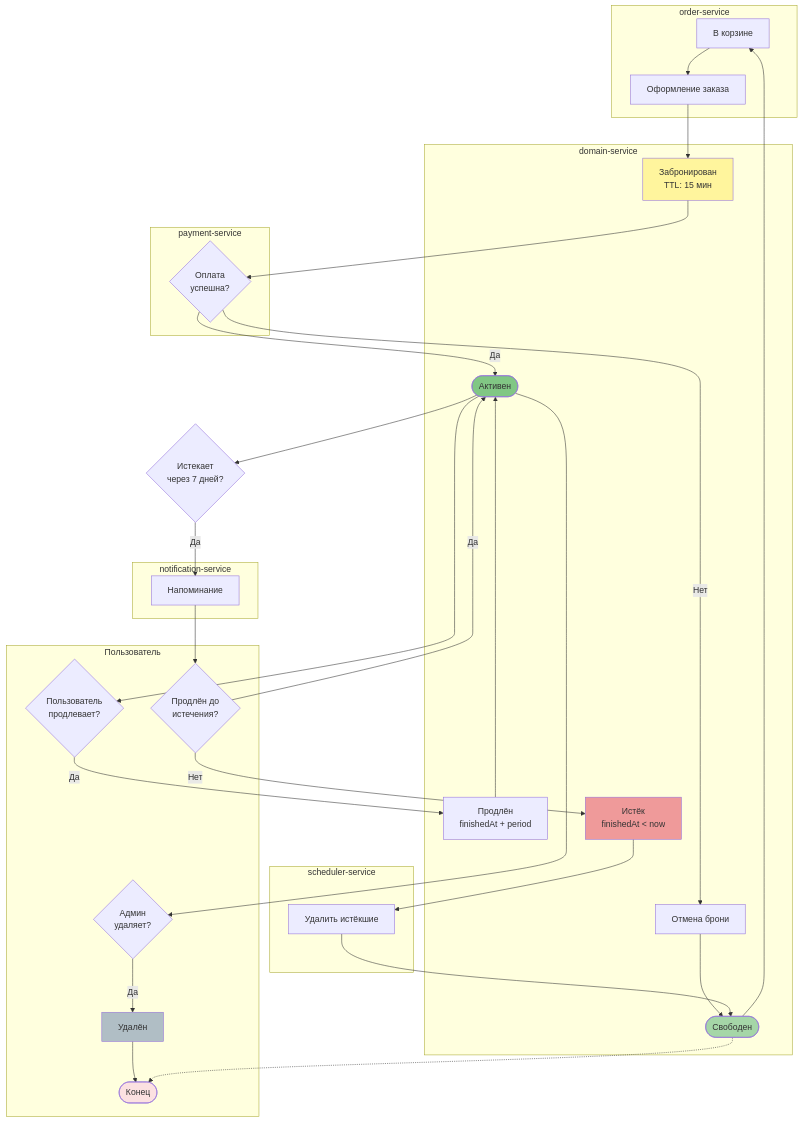
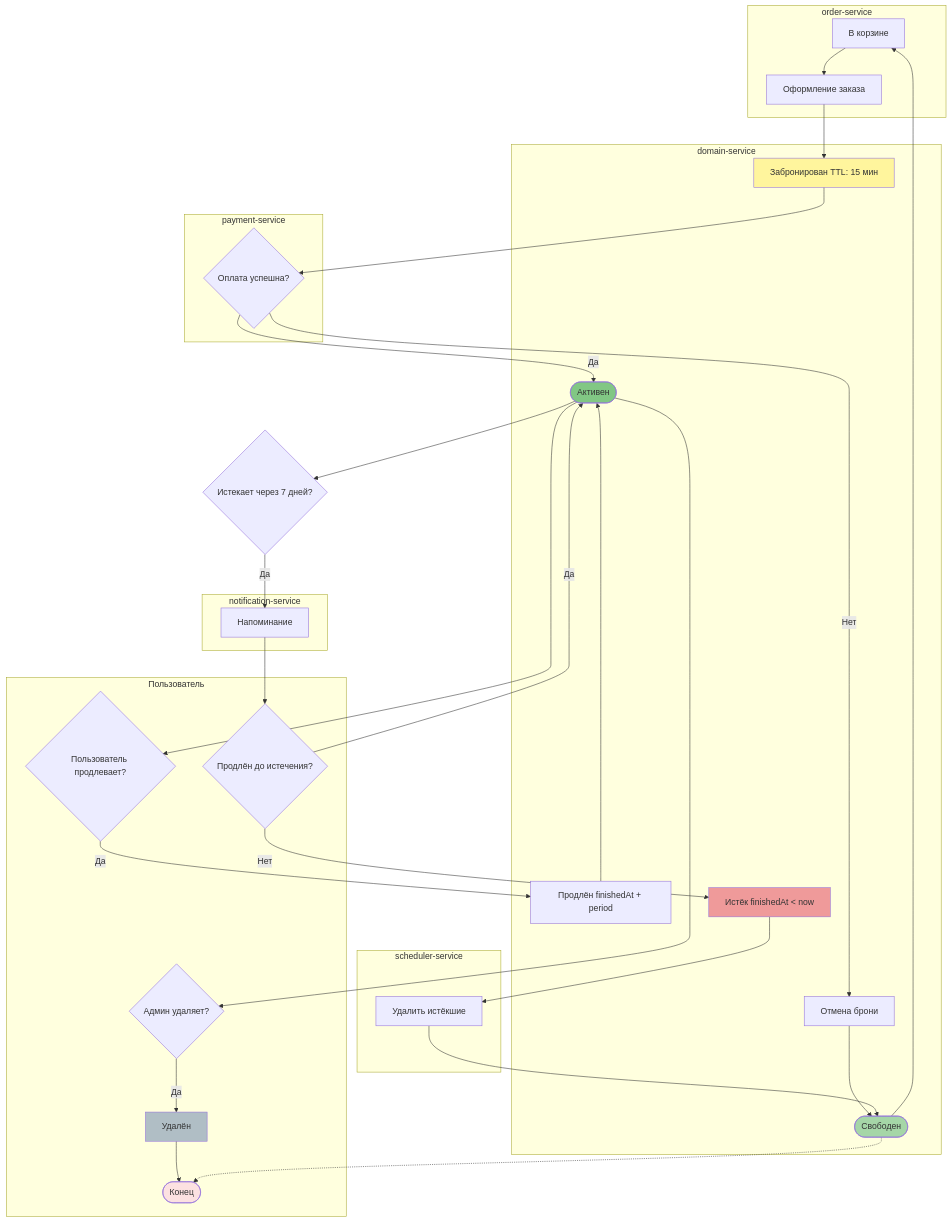
Before and after one commit to PawKorchagin/hrofos-domain-register: diagram 11 of 25 in README.md, drawn with Mermaid. The commit also changed other lines of this file, not shown here.

````diff
--- a/README.md
+++ b/README.md
@@ -609,75 +609,75 @@
 ```mermaid
 flowchart TB
     subgraph OrderLane["         order-service"]
         InCart[В корзине]
         Checkout[Оформление заказа]
     end
 
     subgraph DomainLane["         domain-service"]
         Start([Свободен])
         Cancel[Отмена брони]
         Active([Активен])
-        Reserved[Забронирован<br/>TTL: 15 мин]
-        Renewed[Продлён<br/>finishedAt + period]
-        Expired[Истёк<br/>finishedAt < now]
+        Reserved[Забронирован TTL: 15 мин]
+        Renewed[Продлён finishedAt + period]
+        Expired[Истёк finishedAt < now]
     end
 
     subgraph PaymentLane["         payment-service"]
-        Payment{Оплата<br/>успешна?}
+        Payment{Оплата успешна?}
     end
 
     subgraph NotifLane["         notification-service"]
         Reminder[Напоминание]
     end
 
     subgraph SchedulerLane["         scheduler-service"]
         Cleanup[Удалить истёкшие]
     end
 
     subgraph UserLane["         Пользователь"]
-    Renew{Пользователь<br/>продлевает?}
-    RenewCheck{Продлён до<br/>истечения?}
-        Delete{Админ<br/>удаляет?}
+    Renew{Пользователь продлевает?}
+    RenewCheck{Продлён до истечения?}
+        Delete{Админ удаляет?}
         Deleted[Удалён]
         End([Конец])
     end
 
     Start --> InCart
     InCart --> Checkout
     Checkout --> Reserved
 
     Reserved --> Payment
 
     Payment -- Да --> Active
     Payment -- Нет --> Cancel
     Cancel --> Start
 
     Active --> Renew
 
     Renew -- Да --> Renewed
     Renewed --> Active
 
-    Active --> Expiring{Истекает<br/>через 7 дней?}
+    Active --> Expiring{Истекает через 7 дней?}
 
     Expiring -- Да --> Reminder
     Reminder --> RenewCheck
 
     RenewCheck -- Да --> Active
     RenewCheck -- Нет --> Expired
 
     Expired --> Cleanup
     Cleanup --> Start
 
     Active --> Delete
     Delete -- Да --> Deleted
     Deleted --> End
 
     Start -.-> End
 
     style Start fill:#a5d6a7
     style Active fill:#81c784
     style Reserved fill:#fff59d
     style Expired fill:#ef9a9a
     style Deleted fill:#b0bec5
     style End fill:#fce1e1
 ```
````
